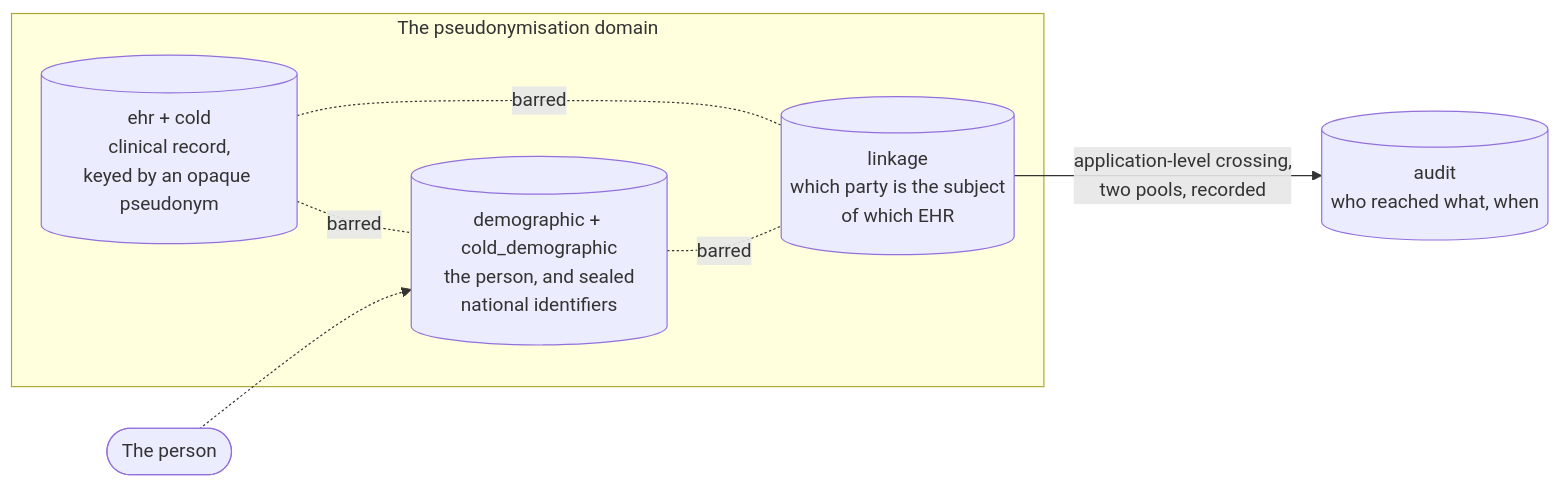
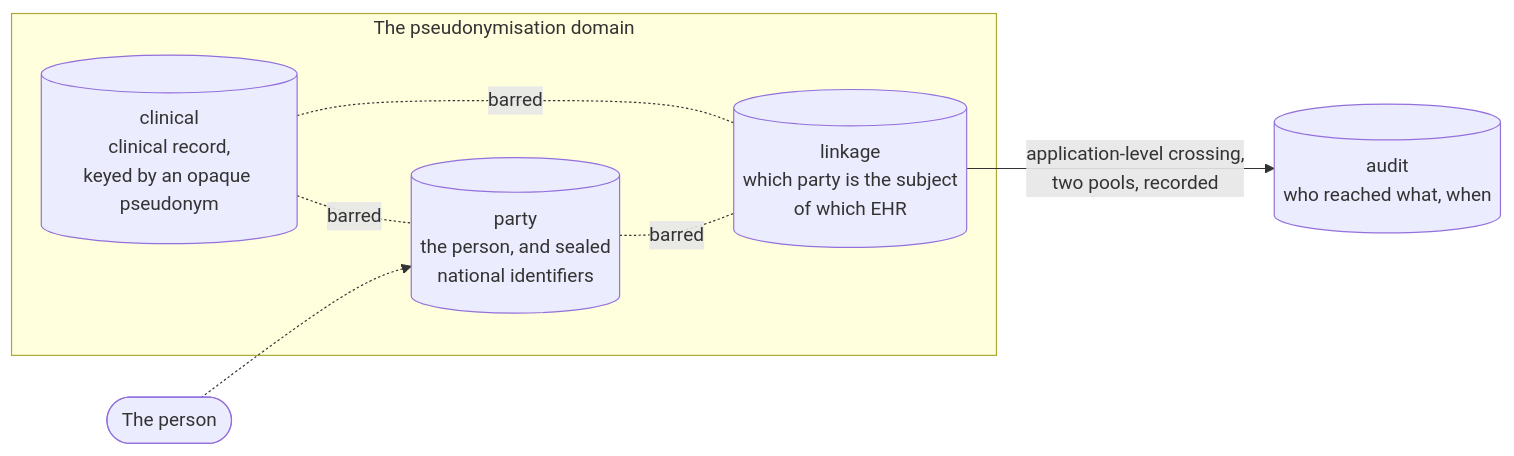
The diagram in website/book/src/security/dpia.md (rubentalstra/FerroEHR), drawn with Mermaid before and after one commit. The commit also changed 7 other files, not shown here.

Commit message:
docs(storage): the book's asset, role and pool tables name the generation-2 schemas (part of #3342, #3344)

````diff
--- a/website/book/src/security/dpia.md
+++ b/website/book/src/security/dpia.md
@@ -82,15 +82,15 @@
 ```mermaid
 flowchart LR
     subject(["The person"])
     subgraph dom ["The pseudonymisation domain"]
-        clin[("ehr + cold<br/>clinical record,<br/>keyed by an opaque pseudonym")]
-        demo[("demographic + cold_demographic<br/>the person, and sealed<br/>national identifiers")]
+        clin[("clinical<br/>clinical record,<br/>keyed by an opaque pseudonym")]
+        demo[("party<br/>the person, and sealed<br/>national identifiers")]
         link[("linkage<br/>which party is the subject<br/>of which EHR")]
     end
     aud[("audit<br/>who reached what, when")]
     subject -.-> demo
     clin -. barred .- demo
     clin -. barred .- link
     demo -. barred .- link
     link -->|"application-level crossing,<br/>two pools, recorded"| aud
 ```
````
